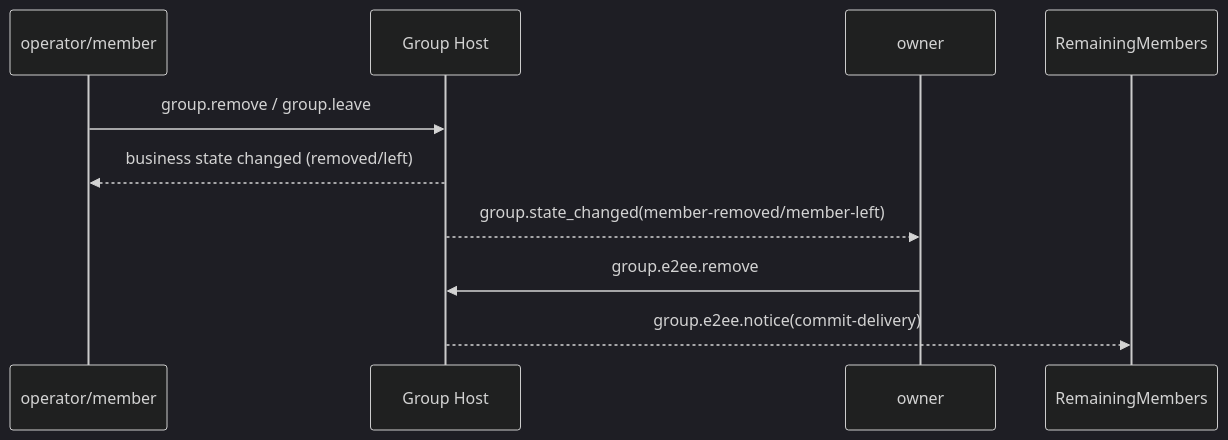
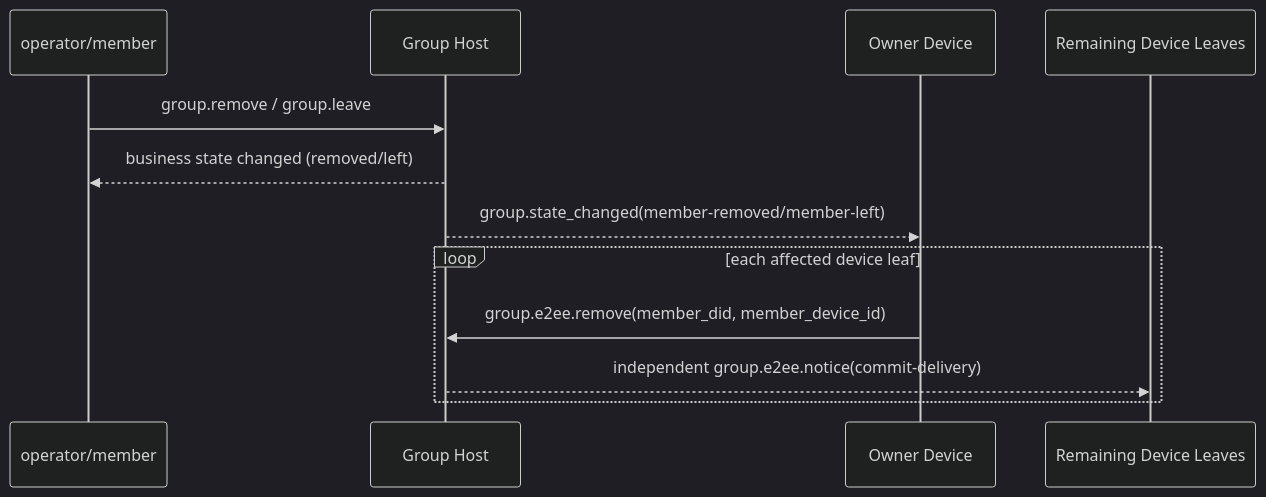
One commit to NeatNerdPrime/AgentNetworkProtocol changed the seventh of 9 diagrams in message/vnext/06-group-end-to-end-encryption.md. Above: the diagram before and after it, drawn with Mermaid (dark theme). The commit also changed other lines of this file and 31 other files, not shown here.

````diff
--- a/message/vnext/06-group-end-to-end-encryption.md
+++ b/message/vnext/06-group-end-to-end-encryption.md
@@ -1552,12 +1643,15 @@
 ```mermaid
 sequenceDiagram
     participant X as operator/member
     participant H as Group Host
-    participant O as owner
+    participant O as Owner Device
+    participant R as Remaining Device Leaves
 
     X->>H: group.remove / group.leave
     H-->>X: business state changed (removed/left)
     H-->>O: group.state_changed(member-removed/member-left)
-    O->>H: group.e2ee.remove
-    H-->>RemainingMembers: group.e2ee.notice(commit-delivery)
+    loop each affected device leaf
+        O->>H: group.e2ee.remove(member_did, member_device_id)
+        H-->>R: independent group.e2ee.notice(commit-delivery)
+    end
 ```
````
